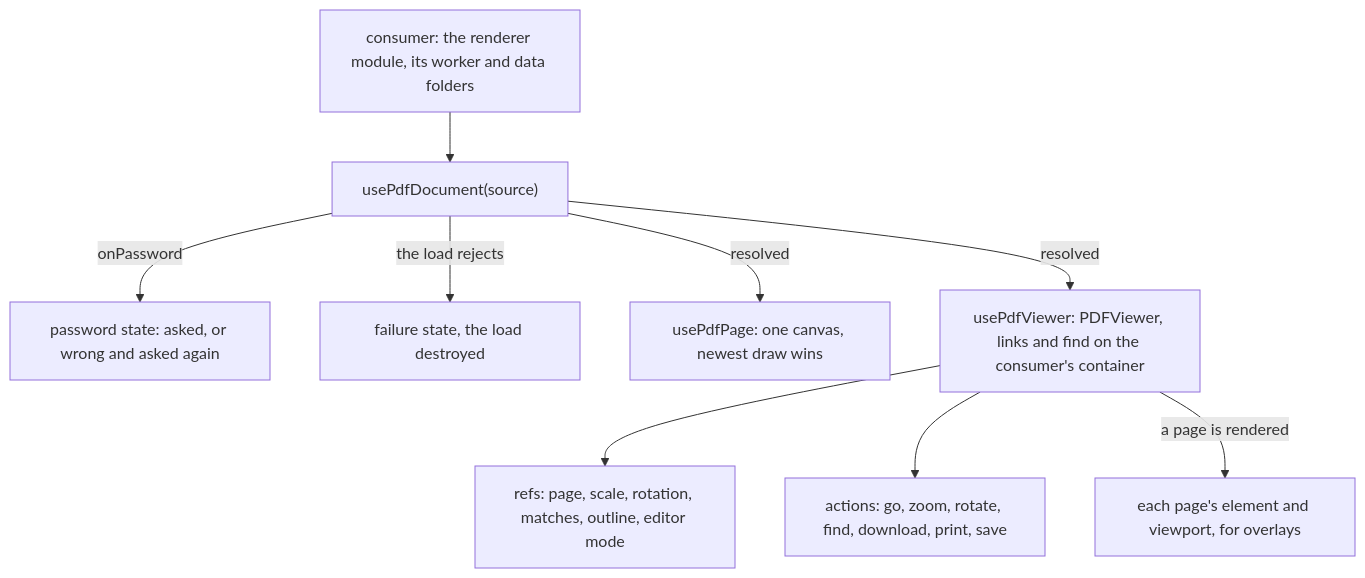
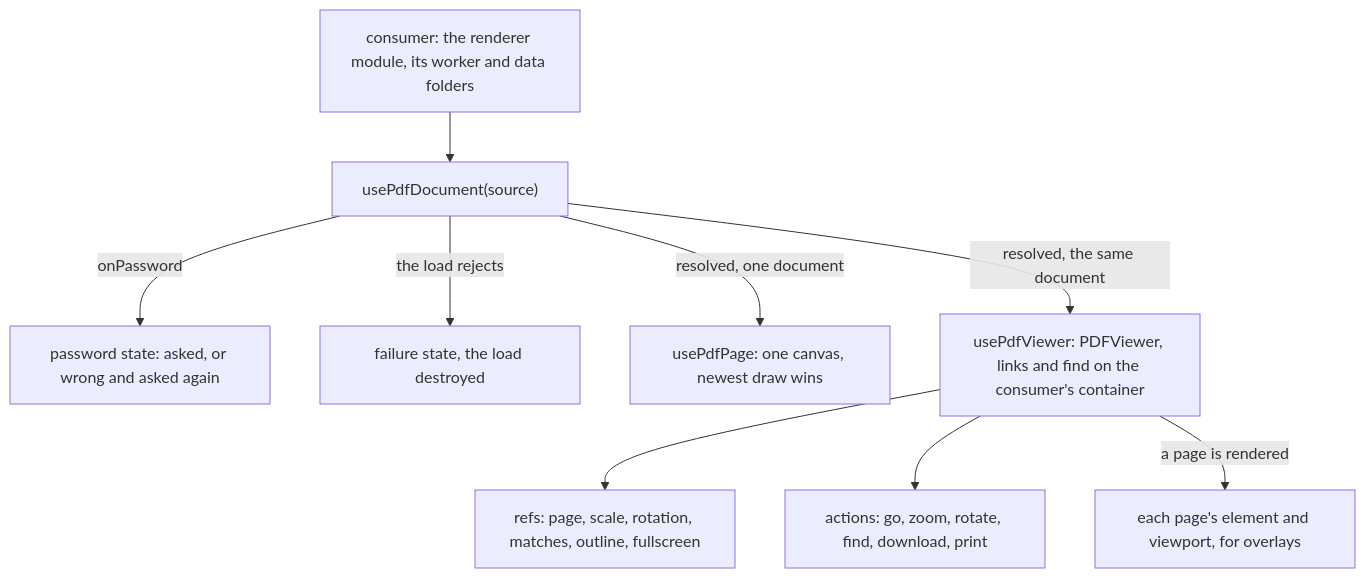
The diagram in openspec/changes/architecture-pdf-viewer-package/design.md (Esposter/Esposter), drawn with Mermaid before and after one commit. The commit also changed other lines of this file and 11 other files, not shown here.

````diff
--- a/openspec/changes/architecture-pdf-viewer-package/design.md
+++ b/openspec/changes/architecture-pdf-viewer-package/design.md
@@ -23,11 +22,11 @@
 ```mermaid
 flowchart TD
   consumer["consumer: the renderer module, its worker and data folders"] --> document["usePdfDocument(source)"]
   document -->|"onPassword"| password["password state: asked, or wrong and asked again"]
   document -->|"the load rejects"| failure["failure state, the load destroyed"]
-  document -->|resolved| page["usePdfPage: one canvas, newest draw wins"]
-  document -->|resolved| viewer["usePdfViewer: PDFViewer, links and find on the consumer's container"]
-  viewer --> state["refs: page, scale, rotation, matches, outline, editor mode"]
-  viewer --> actions["actions: go, zoom, rotate, find, download, print, save"]
+  document -->|"resolved, one document"| page["usePdfPage: one canvas, newest draw wins"]
+  document -->|"resolved, the same document"| viewer["usePdfViewer: PDFViewer, links and find on the consumer's container"]
+  viewer --> state["refs: page, scale, rotation, matches, outline, fullscreen"]
+  viewer --> actions["actions: go, zoom, rotate, find, download, print"]
   viewer -->|"a page is rendered"| overlay["each page's element and viewport, for overlays"]
 ```
````
